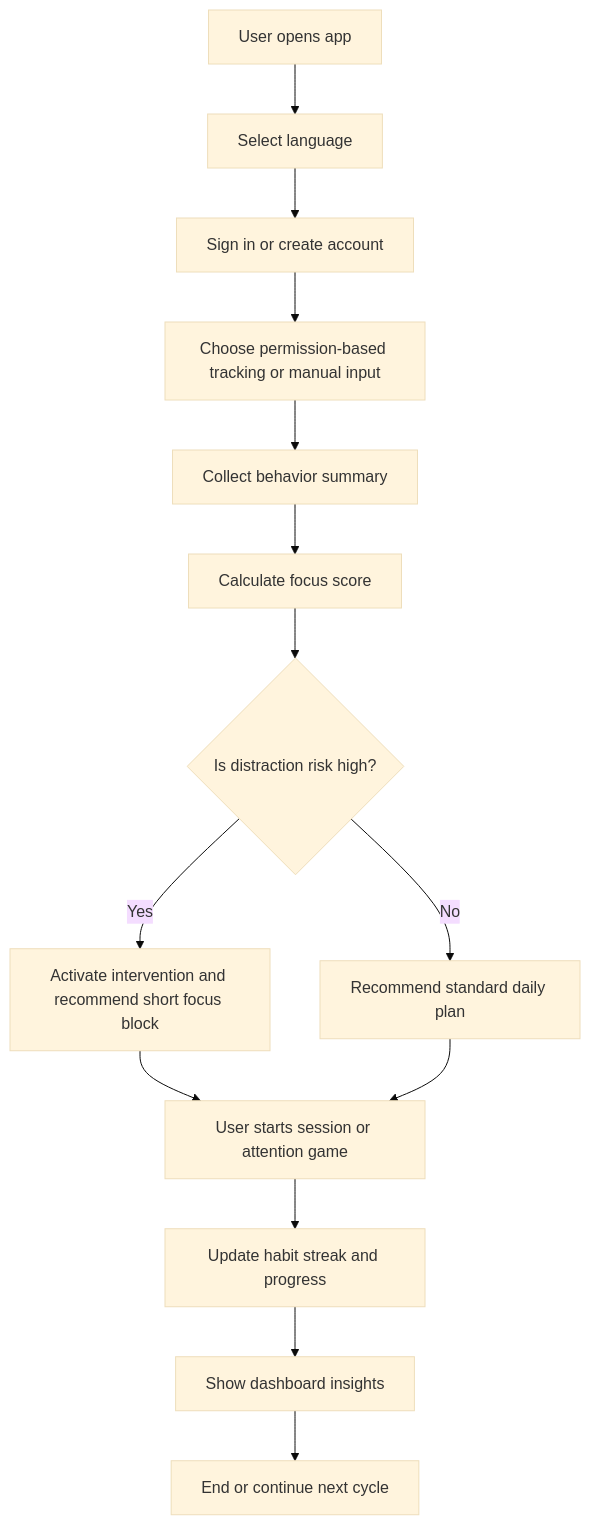
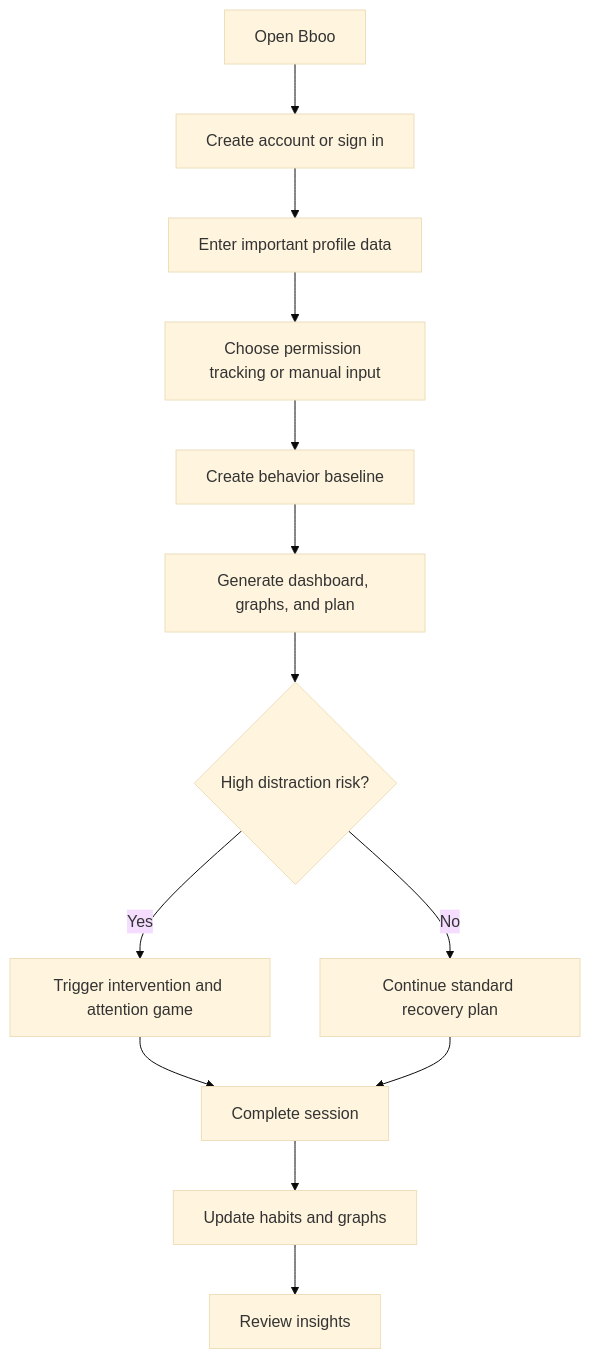
The fourth of 7 diagrams in ARCHITECTURE_DIAGRAM.md (BasantSaad/brain-rot-X-BRAIN-BOOST), drawn with Mermaid (base theme) before and after one commit. The commit also changed other lines of this file and 16 other files, not shown here.

````diff
--- a/ARCHITECTURE_DIAGRAM.md
+++ b/ARCHITECTURE_DIAGRAM.md
@@ -88,16 +83,15 @@
 ```mermaid
 flowchart TD
-    A["User opens app"] --> B["Select language"]
-    B --> C["Sign in or create account"]
-    C --> D["Choose permission-based tracking or manual input"]
-    D --> E["Collect behavior summary"]
-    E --> F["Calculate focus score"]
-    F --> G{"Is distraction risk high?"}
-    G -->|Yes| H["Activate intervention and recommend short focus block"]
-    G -->|No| I["Recommend standard daily plan"]
-    H --> J["User starts session or attention game"]
+    A["Open Bboo"] --> B["Create account or sign in"]
+    B --> C["Enter important profile data"]
+    C --> D["Choose permission tracking or manual input"]
+    D --> E["Create behavior baseline"]
+    E --> F["Generate dashboard, graphs, and plan"]
+    F --> G{"High distraction risk?"}
+    G -->|Yes| H["Trigger intervention and attention game"]
+    G -->|No| I["Continue standard recovery plan"]
+    H --> J["Complete session"]
     I --> J
-    J --> K["Update habit streak and progress"]
-    K --> L["Show dashboard insights"]
-    L --> M["End or continue next cycle"]
+    J --> K["Update habits and graphs"]
+    K --> L["Review insights"]
 ```
````
